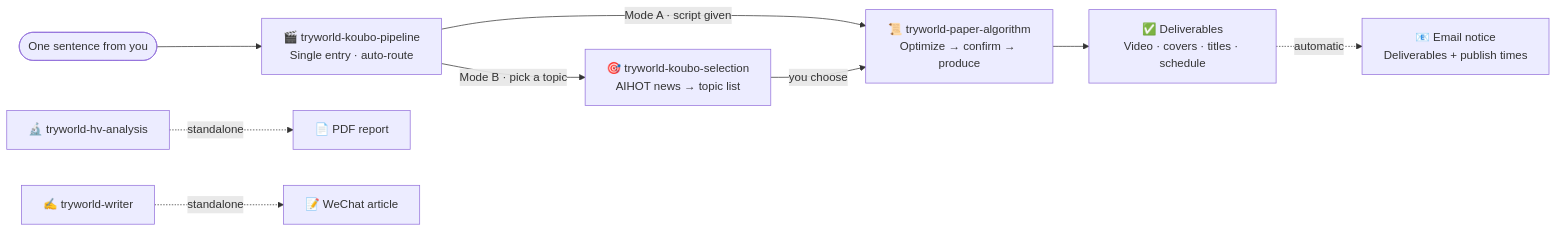
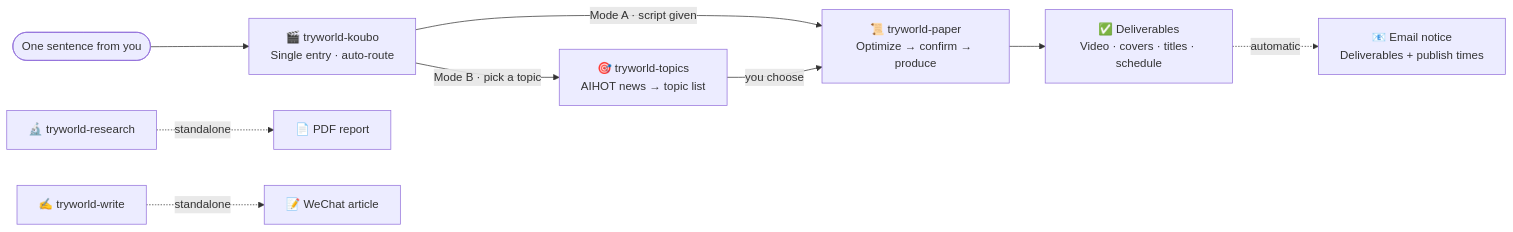
The diagram in README.md (TryWorld2026/paper-algorithm), drawn with Mermaid before and after one commit. The commit also changed other lines of this file and 27 other files, not shown here.

Commit message:
refactor: 技能重命名——tryworld-koubo/paper/topics/research/write(本地与仓库同步)

````diff
--- a/README.md
+++ b/README.md
@@ -37,11 +37,11 @@
 ```mermaid
 flowchart LR
-    U(["One sentence from you"]) --> P["🎬 tryworld-koubo-pipeline<br/>Single entry · auto-route"]
-    P -- "Mode A · script given" --> A["📜 tryworld-paper-algorithm<br/>Optimize → confirm → produce"]
-    P -- "Mode B · pick a topic" --> S["🎯 tryworld-koubo-selection<br/>AIHOT news → topic list"]
+    U(["One sentence from you"]) --> P["🎬 tryworld-koubo<br/>Single entry · auto-route"]
+    P -- "Mode A · script given" --> A["📜 tryworld-paper<br/>Optimize → confirm → produce"]
+    P -- "Mode B · pick a topic" --> S["🎯 tryworld-topics<br/>AIHOT news → topic list"]
     S -- "you choose" --> A
     A --> O["✅ Deliverables<br/>Video · covers · titles · schedule"]
     O -. "automatic" .-> M["📧 Email notice<br/>Deliverables + publish times"]
-    H["🔬 tryworld-hv-analysis"] -. "standalone" .-> R["📄 PDF report"]
-    W["✍️ tryworld-writer"] -. "standalone" .-> C["📝 WeChat article"]
+    H["🔬 tryworld-research"] -. "standalone" .-> R["📄 PDF report"]
+    W["✍️ tryworld-write"] -. "standalone" .-> C["📝 WeChat article"]
 ```
````
